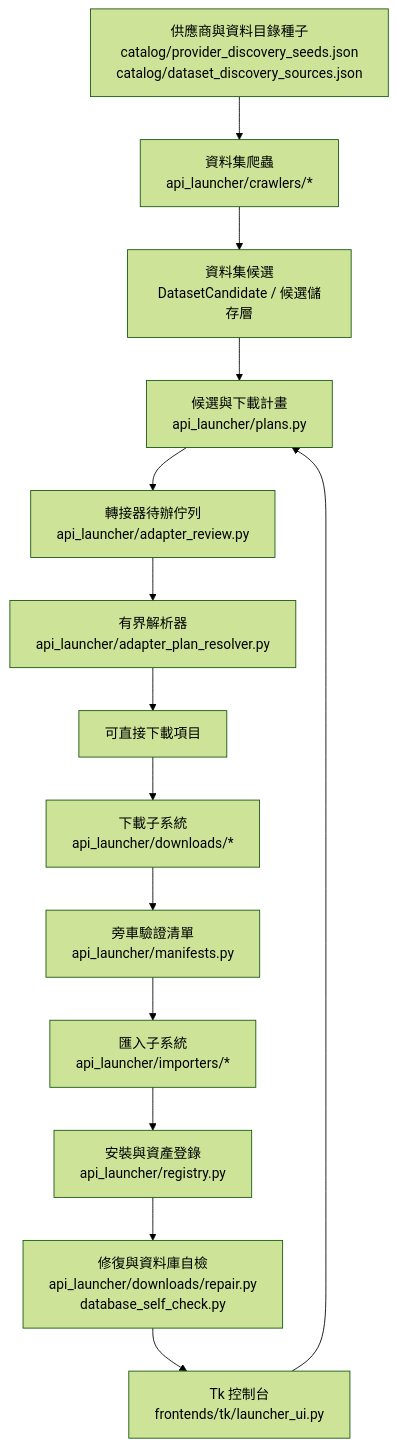
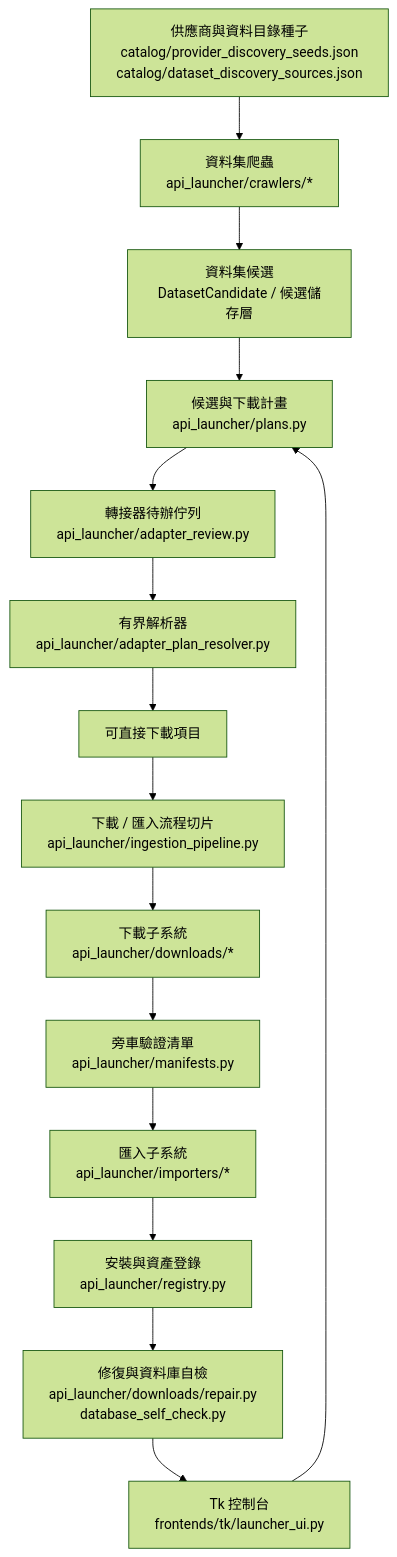
Before and after one commit to YanAnnLu/APIkeys_collection: the second of 3 diagrams in docs/CODE_RELATIONSHIP_MAP.zh-TW.md, drawn with Mermaid (forest theme). The commit also changed other lines of this file and 8 other files, not shown here.

````diff
--- a/docs/CODE_RELATIONSHIP_MAP.zh-TW.md
+++ b/docs/CODE_RELATIONSHIP_MAP.zh-TW.md
@@ -35,16 +35,17 @@
 ```mermaid
 flowchart TD
     seeds["供應商與資料目錄種子<br/>catalog/provider_discovery_seeds.json<br/>catalog/dataset_discovery_sources.json"] --> crawler["資料集爬蟲<br/>api_launcher/crawlers/*"]
     crawler --> candidates["資料集候選<br/>DatasetCandidate / 候選儲存層"]
     candidates --> plans["候選與下載計畫<br/>api_launcher/plans.py"]
     plans --> review["轉接器待辦佇列<br/>api_launcher/adapter_review.py"]
     review --> resolver["有界解析器<br/>api_launcher/adapter_plan_resolver.py"]
     resolver --> direct["可直接下載項目"]
-    direct --> downloads["下載子系統<br/>api_launcher/downloads/*"]
+    direct --> pipeline["下載 / 匯入流程切片<br/>api_launcher/ingestion_pipeline.py"]
+    pipeline --> downloads["下載子系統<br/>api_launcher/downloads/*"]
     downloads --> manifests["旁車驗證清單<br/>api_launcher/manifests.py"]
     manifests --> importers["匯入子系統<br/>api_launcher/importers/*"]
     importers --> registry["安裝與資產登錄<br/>api_launcher/registry.py"]
     registry --> repair["修復與資料庫自檢<br/>api_launcher/downloads/repair.py<br/>database_self_check.py"]
     repair --> ui["Tk 控制台<br/>frontends/tk/launcher_ui.py"]
     ui --> plans
 ```
````
